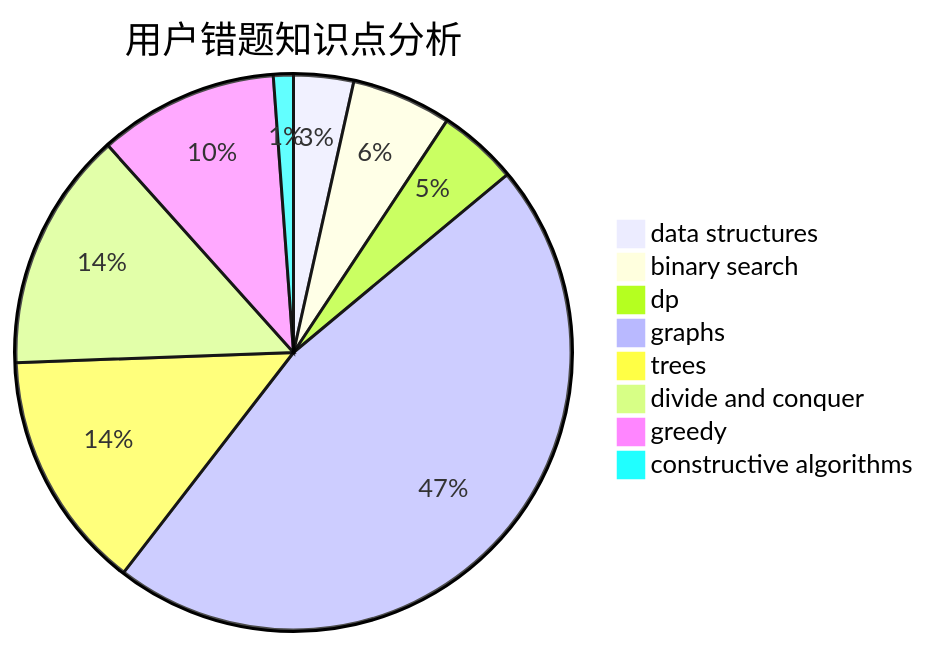
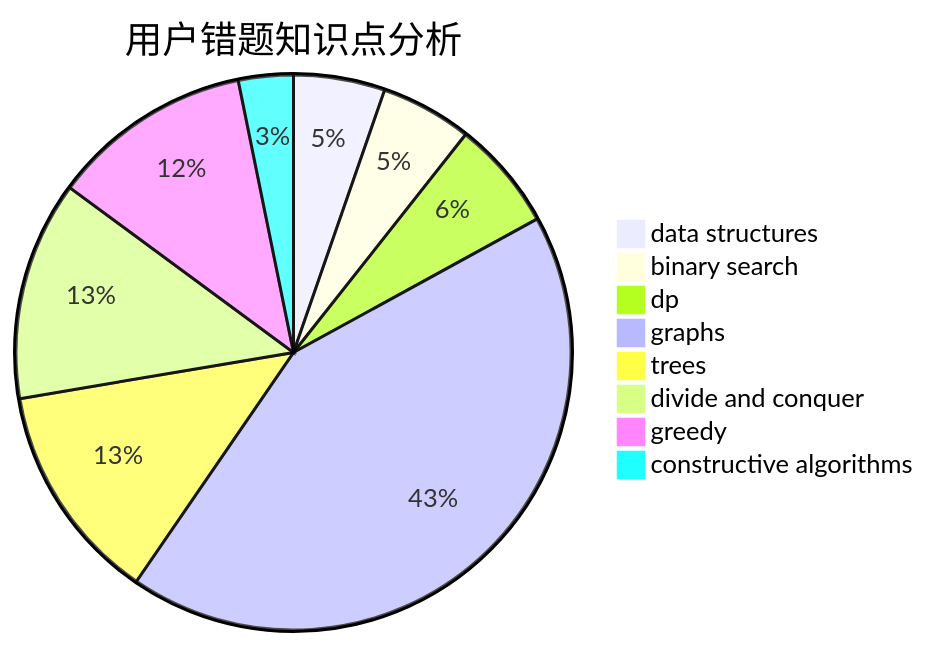
One commit to sherpahu/cfrs.github.io changed the third of 3 diagrams in docs/user/u439.md. Above: the diagram before and after it, drawn with Mermaid. The commit also changed other lines of this file and 2770 other files, not shown here.

````diff
--- a/docs/user/u439.md
+++ b/docs/user/u439.md
@@ -36,11 +36,11 @@
 ```mermaid
 pie title 用户错题知识点分析
-    "data structures" :  3
+    "data structures" :  5
     "binary search" :  5
-    "dp" :  4
+    "dp" :  6
     "graphs" :  40
     "trees" :  12
     "divide and conquer" :  12
-    "greedy" :  9
-    "constructive algorithms" :  1
+    "greedy" :  11
+    "constructive algorithms" :  3
 ```
````
